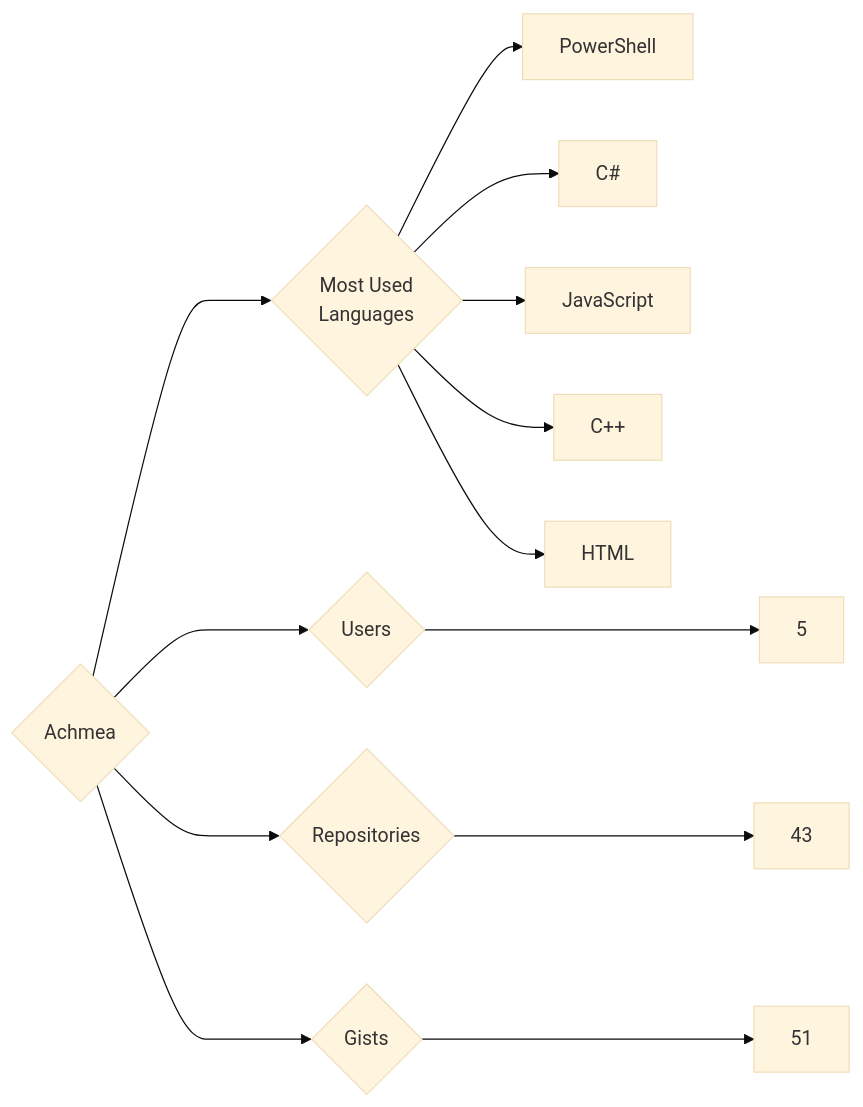
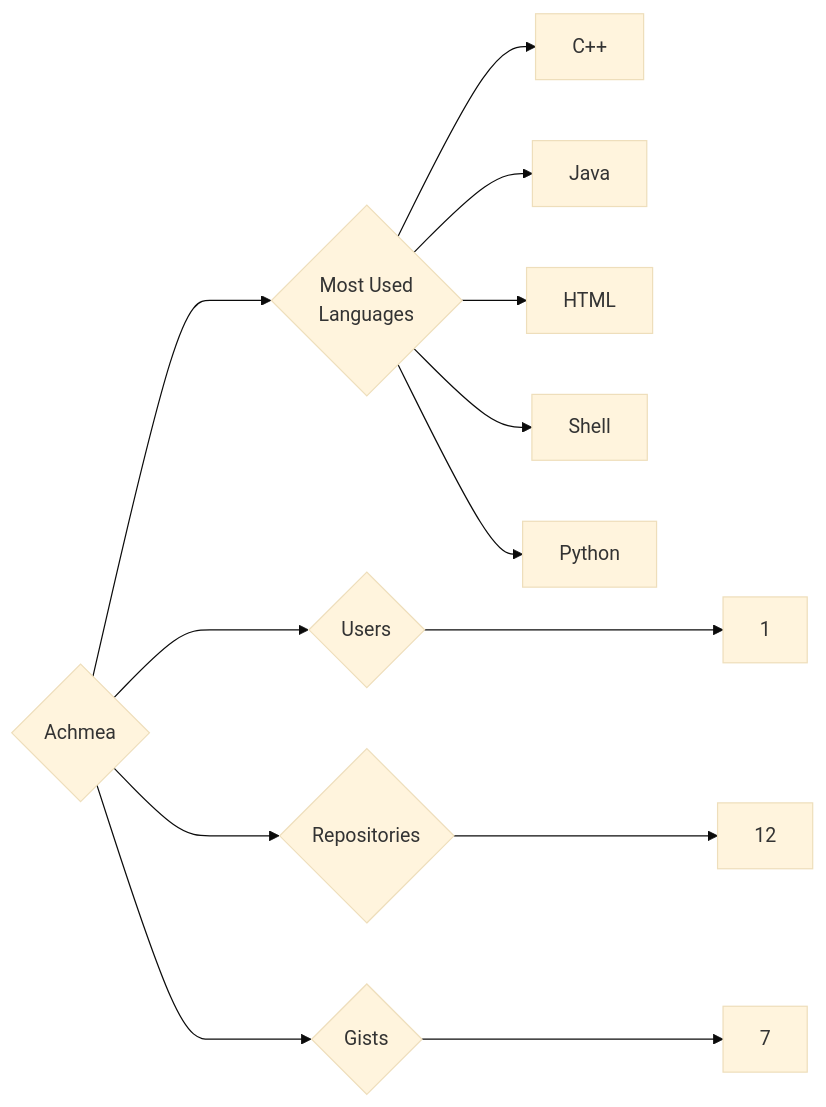
One commit to trickest/insiders changed the diagram in targets/Achmea/README.md. Above: the diagram before and after it, drawn with Mermaid (base theme). The commit also changed 1078 other files, not shown here.

````diff
--- a/targets/Achmea/README.md
+++ b/targets/Achmea/README.md
@@ -3,13 +3,13 @@
 ```mermaid
 graph LR
 COMPANY_NAME{Achmea}
-COMPANY_NAME ---> U{Users} ---> UN[5]
-COMPANY_NAME ---> R{Repositories} ---> RN[43]
-COMPANY_NAME ---> G{Gists} ---> GN[51]
+COMPANY_NAME ---> U{Users} ---> UN[1]
+COMPANY_NAME ---> R{Repositories} ---> RN[12]
+COMPANY_NAME ---> G{Gists} ---> GN[7]
 COMPANY_NAME ---> ML{Most Used<br>Languages}
-ML --> PowerShell[PowerShell]
-ML --> C#[C#]
-ML --> JavaScript[JavaScript]
 ML --> C++[C++]
+ML --> Java[Java]
 ML --> HTML[HTML]
+ML --> Shell[Shell]
+ML --> Python[Python]
 ```
````
